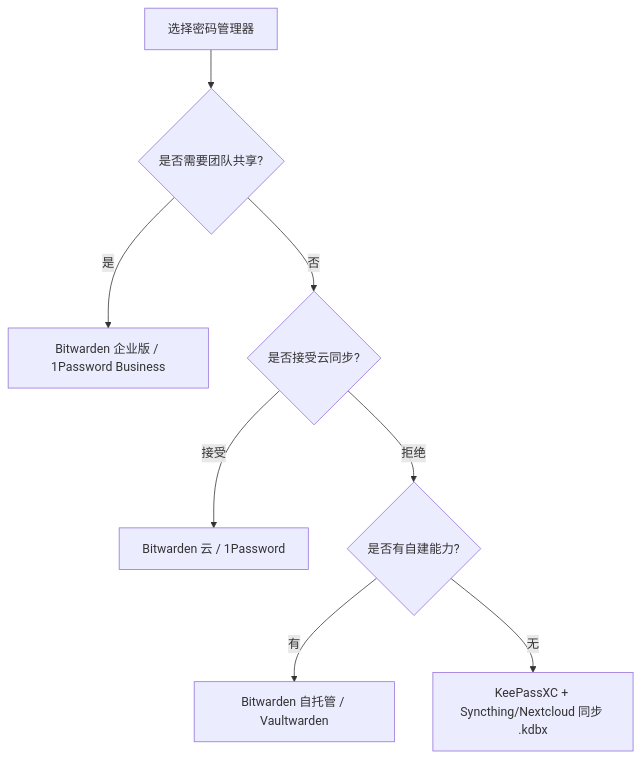
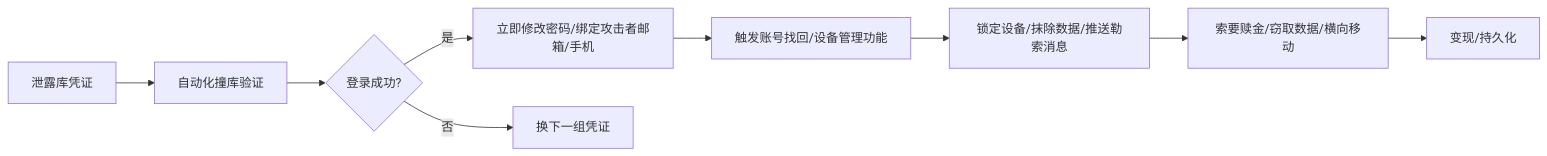
The diagram in pages/credential-stuffing-password-hygiene.md (OpenDocCN1/sec-llm-wiki), drawn with Mermaid before and after one commit. The commit also changed other lines of this file, not shown here.

````diff
--- a/pages/credential-stuffing-password-hygiene.md
+++ b/pages/credential-stuffing-password-hygiene.md
@@ -106,10 +85,11 @@
 ```mermaid
-graph TD
-    A[选择密码管理器] --> B{是否需要团队共享?}
-    B -->|是| C[Bitwarden 企业版 / 1Password Business]
-    B -->|否| D{是否接受云同步?}
-    D -->|接受| E[Bitwarden 云 / 1Password]
-    D -->|拒绝| F{是否有自建能力?}
-    F -->|有| G[Bitwarden 自托管 / Vaultwarden]
-    F -->|无| H[KeePassXC + Syncthing/Nextcloud 同步 .kdbx]
+flowchart LR
+    A[泄露库凭证] --> B[自动化撞库验证]
+    B --> C{登录成功?}
+    C -->|是| D[立即修改密码/绑定攻击者邮箱/手机]
+    C -->|否| E[换下一组凭证]
+    D --> F[触发账号找回/设备管理功能]
+    F --> G[锁定设备/抹除数据/推送勒索消息]
+    G --> H[索要赎金/窃取数据/横向移动]
+    H --> I[变现/持久化]
 ```
````
